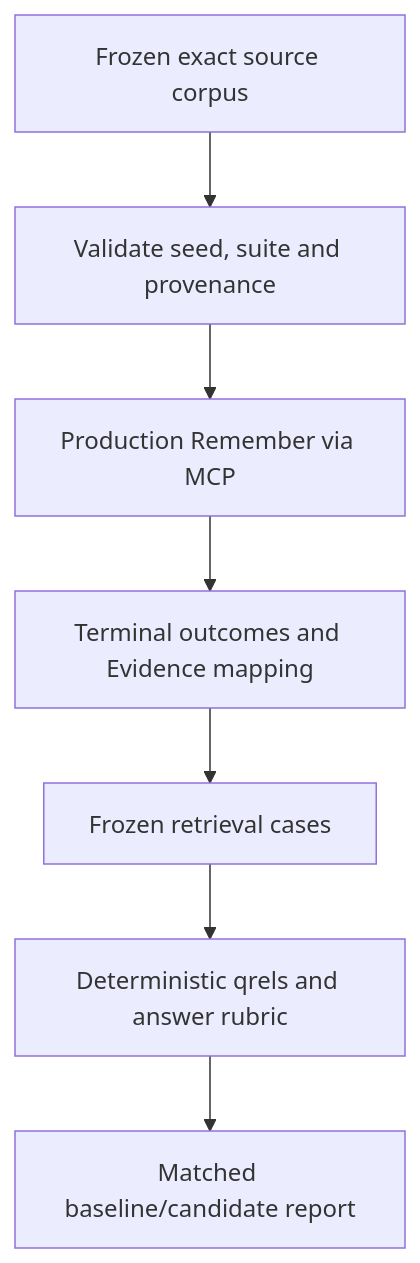
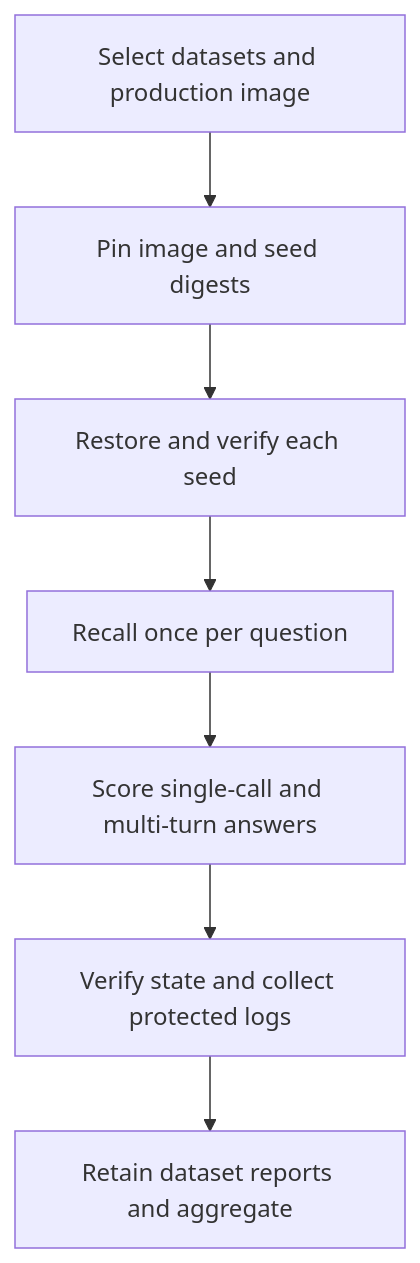
The diagram in _guides/Evaluation.md (markhuangai/dense-mem), drawn with Mermaid before and after one commit. The commit also changed other lines of this file and 6 other files, not shown here.

````diff
--- a/_guides/Evaluation.md
+++ b/_guides/Evaluation.md
@@ -18,10 +28,10 @@
 ```mermaid
 %%{init: {"flowchart": {"curve": "linear"}}}%%
 flowchart TB
-  Corpus["Frozen exact source corpus"] --> Validate["Validate seed, suite and provenance"]
-  Validate --> Remember["Production Remember via MCP"]
-  Remember --> Mapping["Terminal outcomes and Evidence mapping"]
-  Mapping --> Recall["Frozen retrieval cases"]
-  Recall --> Score["Deterministic qrels and answer rubric"]
-  Score --> Compare["Matched baseline/candidate report"]
+  Inputs["Select datasets and production image"] --> Pin["Pin image and seed digests"]
+  Pin --> Restore["Restore and verify each seed"]
+  Restore --> Recall["Recall once per question"]
+  Recall --> Score["Score single-call and multi-turn answers"]
+  Score --> Verify["Verify state and collect protected logs"]
+  Verify --> Report["Retain dataset reports and aggregate"]
 ```
````
